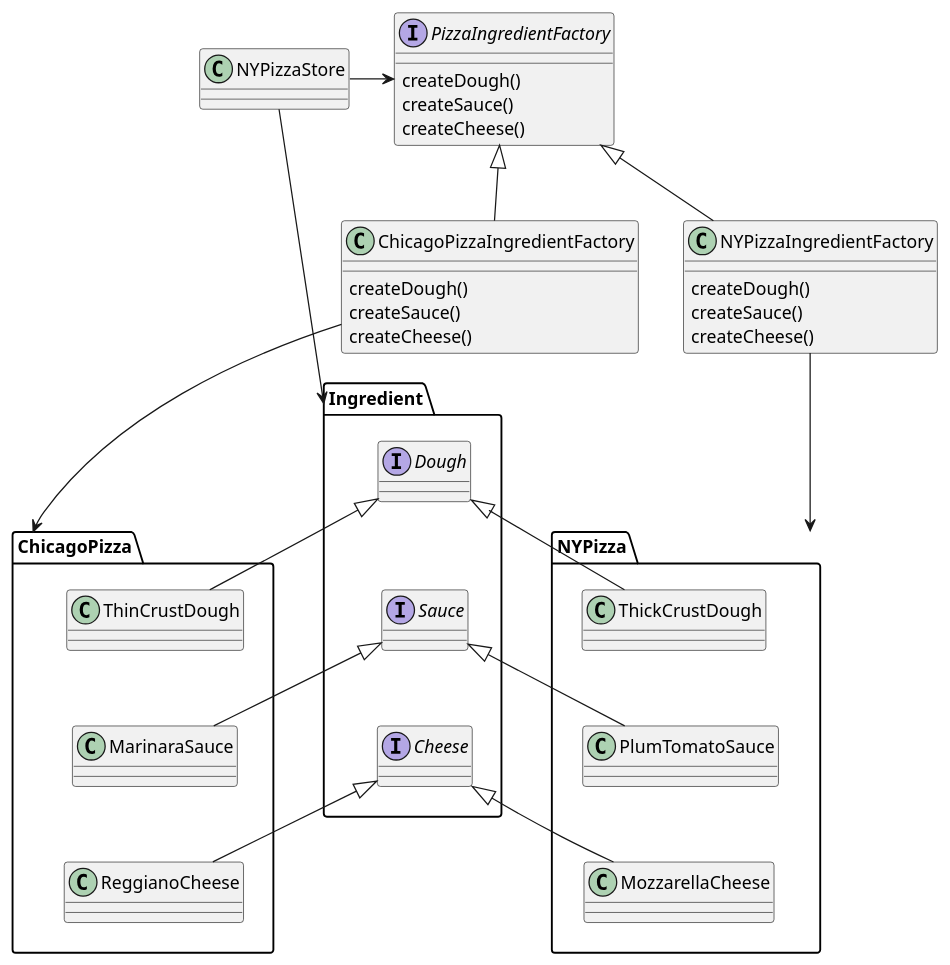
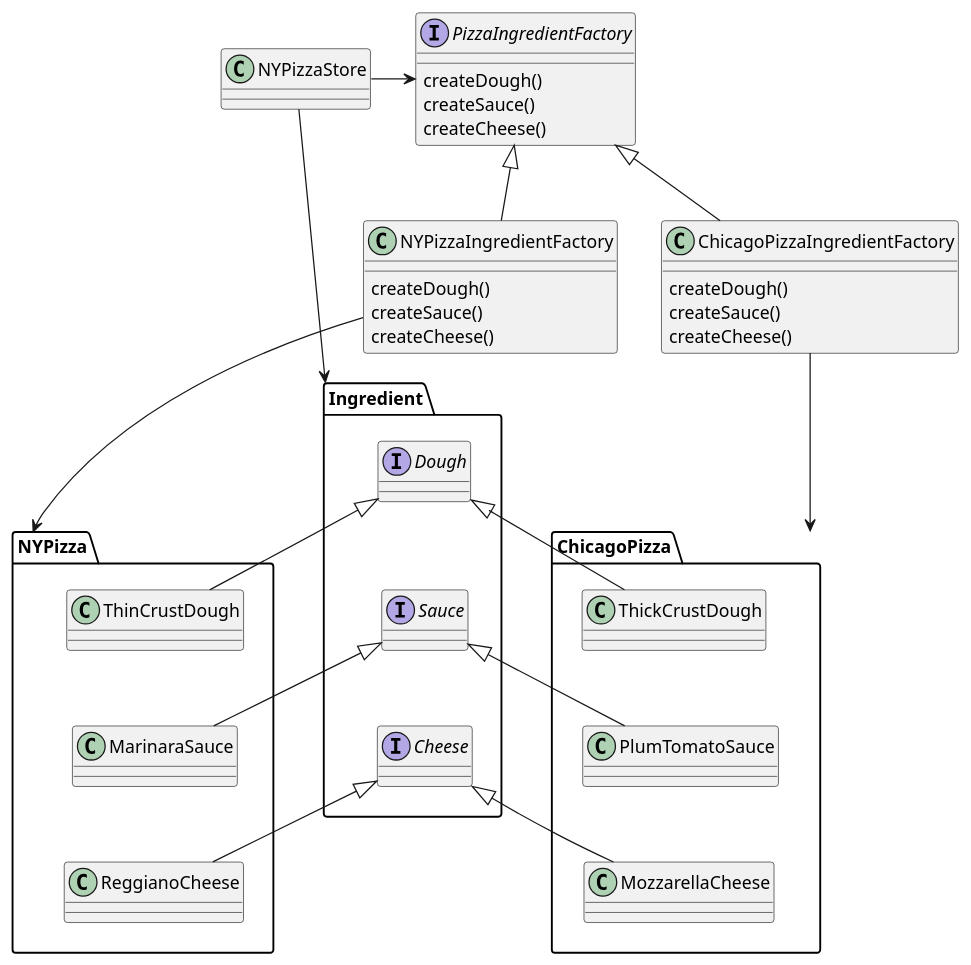
One commit to eling22/Design-Pattern changed the diagram in img/abstract_factory.md. Above: the diagram before and after it, drawn with PlantUML. The commit also changed 1 other file, not shown here.

Commit message:
📝 fix document error

```diff
--- a/img/abstract_factory.md
+++ b/img/abstract_factory.md
@@ -1,67 +1,67 @@
 @startuml
 
 interface       PizzaIngredientFactory {
     createDough()
     createSauce()
     createCheese()
 }
 
 class       NYPizzaIngredientFactory{
     createDough()
     createSauce()
     createCheese()
 }
 
 class       ChicagoPizzaIngredientFactory{
     createDough()
     createSauce()
     createCheese()
 }
 
 PizzaIngredientFactory <|-- NYPizzaIngredientFactory
 PizzaIngredientFactory <|-- ChicagoPizzaIngredientFactory
 
 namespace Ingredient {
     interface       Dough
     interface       Sauce
     interface       Cheese
     Dough -down[hidden]-> Sauce
     Sauce -down[hidden]-> Cheese
 }
 
-namespace NYPizza {
+namespace ChicagoPizza {
     class ThickCrustDough
     class PlumTomatoSauce 
     class MozzarellaCheese
     ThickCrustDough -down[hidden]-> PlumTomatoSauce
     PlumTomatoSauce -down[hidden]-> MozzarellaCheese
 }
 
-namespace ChicagoPizza {
+namespace NYPizza {
     class ThinCrustDough
     class MarinaraSauce 
     class ReggianoCheese
     ThinCrustDough -down[hidden]-> MarinaraSauce
     MarinaraSauce -down[hidden]-> ReggianoCheese
 }
 
 
-Ingredient.Dough <|-- NYPizza.ThickCrustDough
-Ingredient.Dough <|-- ChicagoPizza.ThinCrustDough
+Ingredient.Dough <|-- ChicagoPizza.ThickCrustDough
+Ingredient.Dough <|-- NYPizza.ThinCrustDough
 
-Ingredient.Sauce <|-- NYPizza.PlumTomatoSauce
-Ingredient.Sauce <|-- ChicagoPizza.MarinaraSauce
+Ingredient.Sauce <|-- ChicagoPizza.PlumTomatoSauce
+Ingredient.Sauce <|-- NYPizza.MarinaraSauce
 
-Ingredient.Cheese <|-- NYPizza.MozzarellaCheese
-Ingredient.Cheese <|-- ChicagoPizza.ReggianoCheese
+Ingredient.Cheese <|-- ChicagoPizza.MozzarellaCheese
+Ingredient.Cheese <|-- NYPizza.ReggianoCheese
 
 NYPizzaIngredientFactory ---> NYPizza
 ChicagoPizzaIngredientFactory ---> ChicagoPizza
 
 class NYPizzaStore
 
 NYPizzaStore -> PizzaIngredientFactory
 NYPizzaStore --> Ingredient
 
 
 @enduml
```
